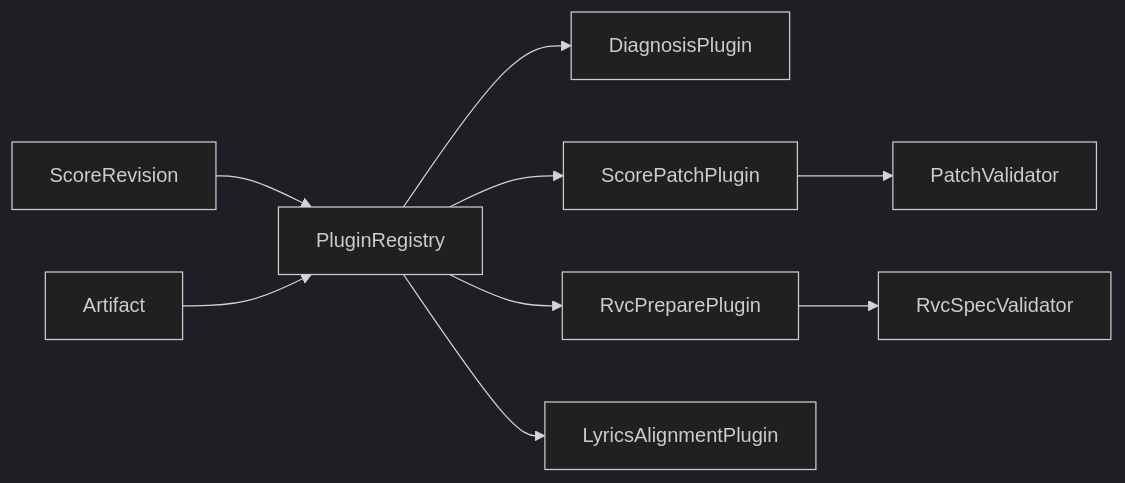
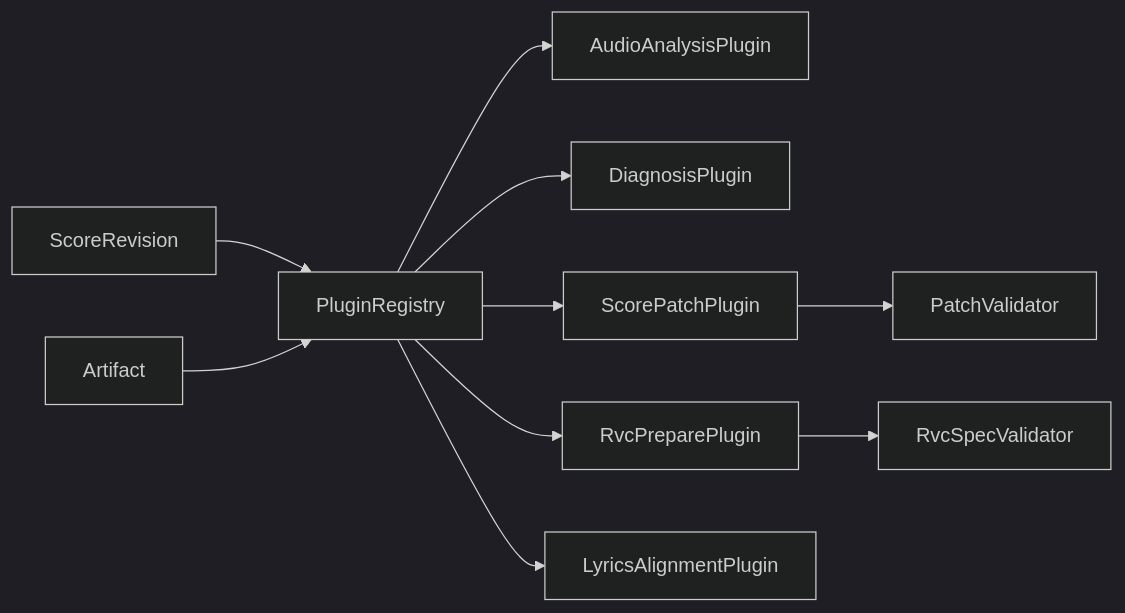
One commit to ourhome-macro/sunoscribe changed the third of 3 diagrams in sunoscribe/doc/architecture/mainline-plugin-architecture.md. Above: the diagram before and after it, drawn with Mermaid (dark theme). The commit also changed other lines of this file and 29 other files, not shown here.

````diff
--- a/sunoscribe/doc/architecture/mainline-plugin-architecture.md
+++ b/sunoscribe/doc/architecture/mainline-plugin-architecture.md
@@ -68,11 +68,12 @@
 ```mermaid
 flowchart LR
   ScoreRevision --> PluginRegistry
   Artifact --> PluginRegistry
+  PluginRegistry --> AudioAnalysisPlugin
   PluginRegistry --> DiagnosisPlugin
   PluginRegistry --> ScorePatchPlugin
   PluginRegistry --> RvcPreparePlugin
   PluginRegistry --> LyricsAlignmentPlugin
   ScorePatchPlugin --> PatchValidator
   RvcPreparePlugin --> RvcSpecValidator
 ```
````
